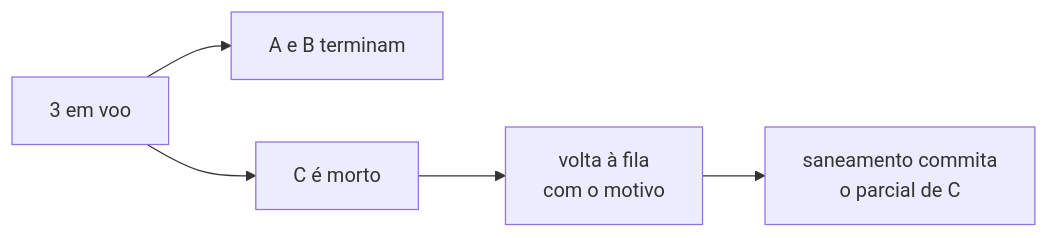
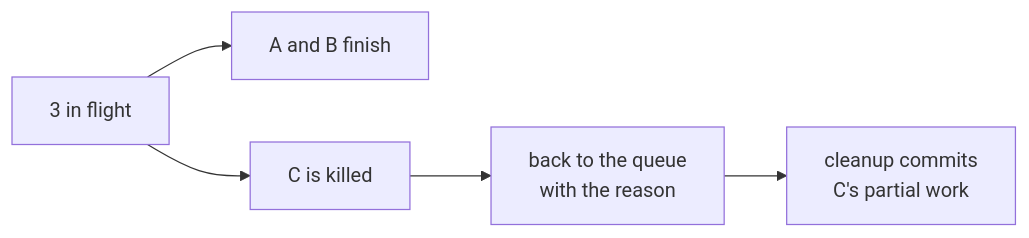
The diagram in docs/tasks/en/E5-parallelism-and-fault-tolerance/FAB-506-milestone-e5-three-in-parallel-killing-one-does-no.md (enzoconsulo/factory-tcc), drawn with Mermaid before and after one commit. The commit also changed other lines of this file and 52 other files, not shown here.

````diff
--- a/docs/tasks/en/E5-parallelism-and-fault-tolerance/FAB-506-milestone-e5-three-in-parallel-killing-one-does-no.md
+++ b/docs/tasks/en/E5-parallelism-and-fault-tolerance/FAB-506-milestone-e5-three-in-parallel-killing-one-does-no.md
@@ -11,7 +11,7 @@
 ```mermaid
 flowchart LR
-  L["3 em voo"] --> AB["A e B terminam"]
-  L --> C["C é morto"]
-  C --> Q["volta à fila<br/>com o motivo"]
-  Q --> R["saneamento commita<br/>o parcial de C"]
+  L["3 in flight"] --> AB["A and B finish"]
+  L --> C["C is killed"]
+  C --> Q["back to the queue<br/>with the reason"]
+  Q --> R["cleanup commits<br/>C's partial work"]
 ```
````
